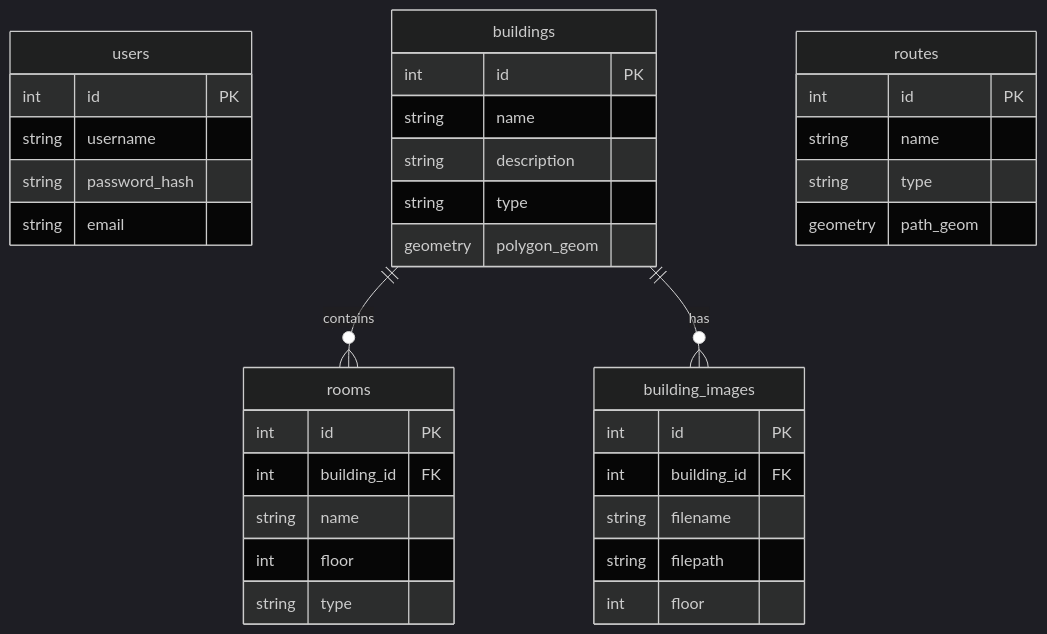
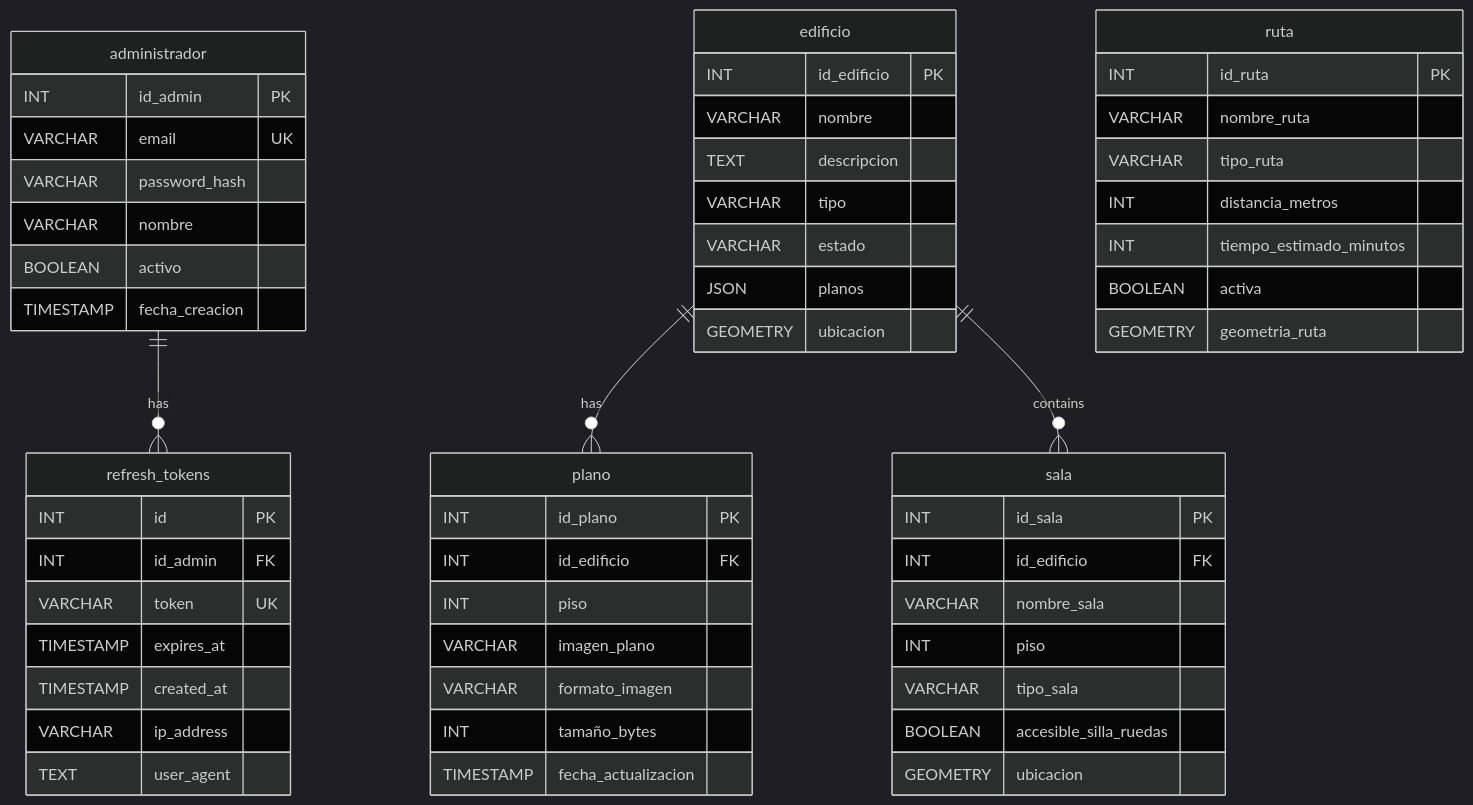
Before and after one commit to esteban-escudero/InteractiveMapUCN: the diagram in docs/DATABASE_SCHEMA.md, drawn with Mermaid (dark theme). The commit also changed other lines of this file and 15 other files, not shown here.

Commit message:
feat: Add initial building floor plans and core project documentation including database schema and user stories.

````diff
--- a/docs/DATABASE_SCHEMA.md
+++ b/docs/DATABASE_SCHEMA.md
@@ -10,39 +10,60 @@
 ```mermaid
 erDiagram
-    users {
-        int id PK
-        string username
-        string password_hash
-        string email
+    administrador {
+        INT id_admin PK
+        VARCHAR email UK
+        VARCHAR password_hash
+        VARCHAR nombre
+        BOOLEAN activo
+        TIMESTAMP fecha_creacion
     }
-    buildings {
-        int id PK
-        string name
-        string description
-        string type
-        geometry polygon_geom
+    edificio {
+        INT id_edificio PK
+        VARCHAR nombre
+        TEXT descripcion
+        VARCHAR tipo
+        VARCHAR estado
+        JSON planos
+        GEOMETRY ubicacion
     }
-    rooms {
-        int id PK
-        int building_id FK
-        string name
-        int floor
-        string type
+    sala {
+        INT id_sala PK
+        INT id_edificio FK
+        VARCHAR nombre_sala
+        INT piso
+        VARCHAR tipo_sala
+        BOOLEAN accesible_silla_ruedas
+        GEOMETRY ubicacion
     }
-    routes {
-        int id PK
-        string name
-        string type
-        geometry path_geom
+    plano {
+        INT id_plano PK
+        INT id_edificio FK
+        INT piso
+        VARCHAR imagen_plano
+        VARCHAR formato_imagen
+        INT tamaño_bytes
+        TIMESTAMP fecha_actualizacion
     }
-    building_images {
-        int id PK
-        int building_id FK
-        string filename
-        string filepath
-        int floor
+    refresh_tokens {
+        INT id PK
+        INT id_admin FK
+        VARCHAR token UK
+        TIMESTAMP expires_at
+        TIMESTAMP created_at
+        VARCHAR ip_address
+        TEXT user_agent
+    }
+    ruta {
+        INT id_ruta PK
+        VARCHAR nombre_ruta
+        VARCHAR tipo_ruta
+        INT distancia_metros
+        INT tiempo_estimado_minutos
+        BOOLEAN activa
+        GEOMETRY geometria_ruta
     }
 
-    buildings ||--o{ rooms : "contains"
-    buildings ||--o{ building_images : "has"
+    administrador ||--o{ refresh_tokens : "has"
+    edificio ||--o{ plano : "has"
+    edificio ||--o{ sala : "contains"
 ```
````
